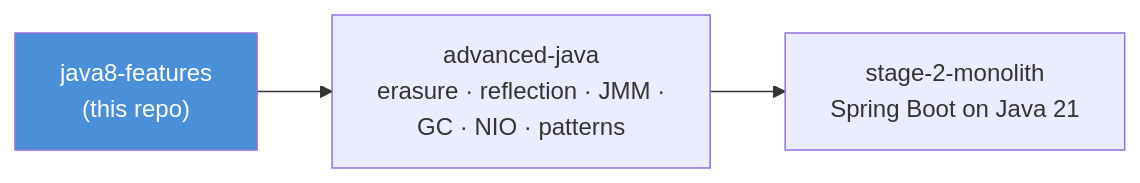
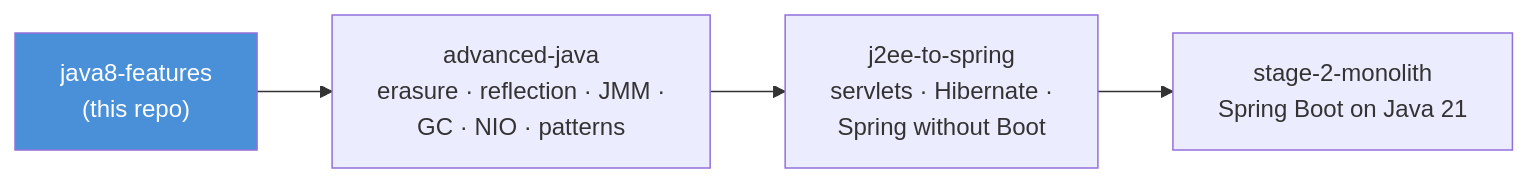
The third of 3 diagrams in java8-features/README.md (EVAITCS-Training/training-repo), drawn with Mermaid before and after one commit. The commit also changed other lines of this file and 85 other files, not shown here.

First line of the commit message:
j2ee-to-spring: the evolution course between JDBC and Spring Boot (4 modules, 40 tests)

````diff
--- a/java8-features/README.md
+++ b/java8-features/README.md
@@ -128,7 +128,8 @@
 ```mermaid
 flowchart LR
     J8["java8-features<br/>(this repo)"] --> AJ["advanced-java<br/>erasure · reflection · JMM ·<br/>GC · NIO · patterns"]
-    AJ --> S["stage-2-monolith<br/>Spring Boot on Java 21"]
+    AJ --> J2S["j2ee-to-spring<br/>servlets · Hibernate ·<br/>Spring without Boot"]
+    J2S --> S["stage-2-monolith<br/>Spring Boot on Java 21"]
 
     style J8 fill:#4a90d9,color:#fff
 ```
````
